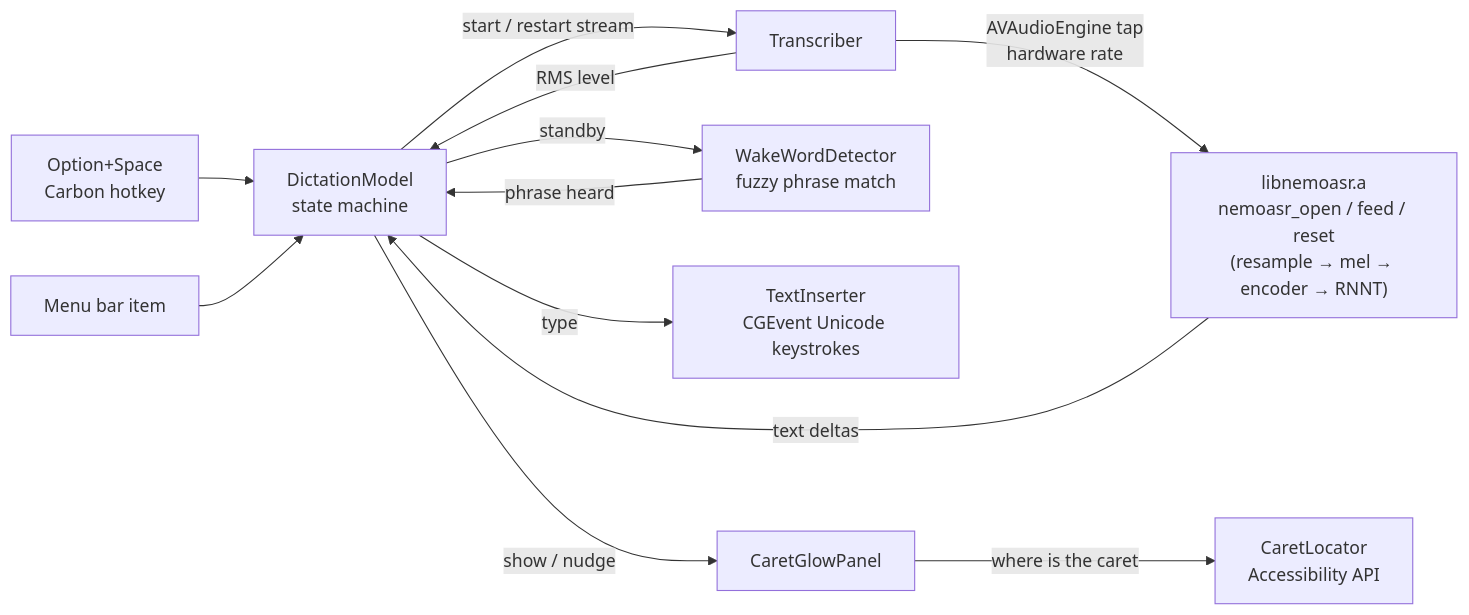
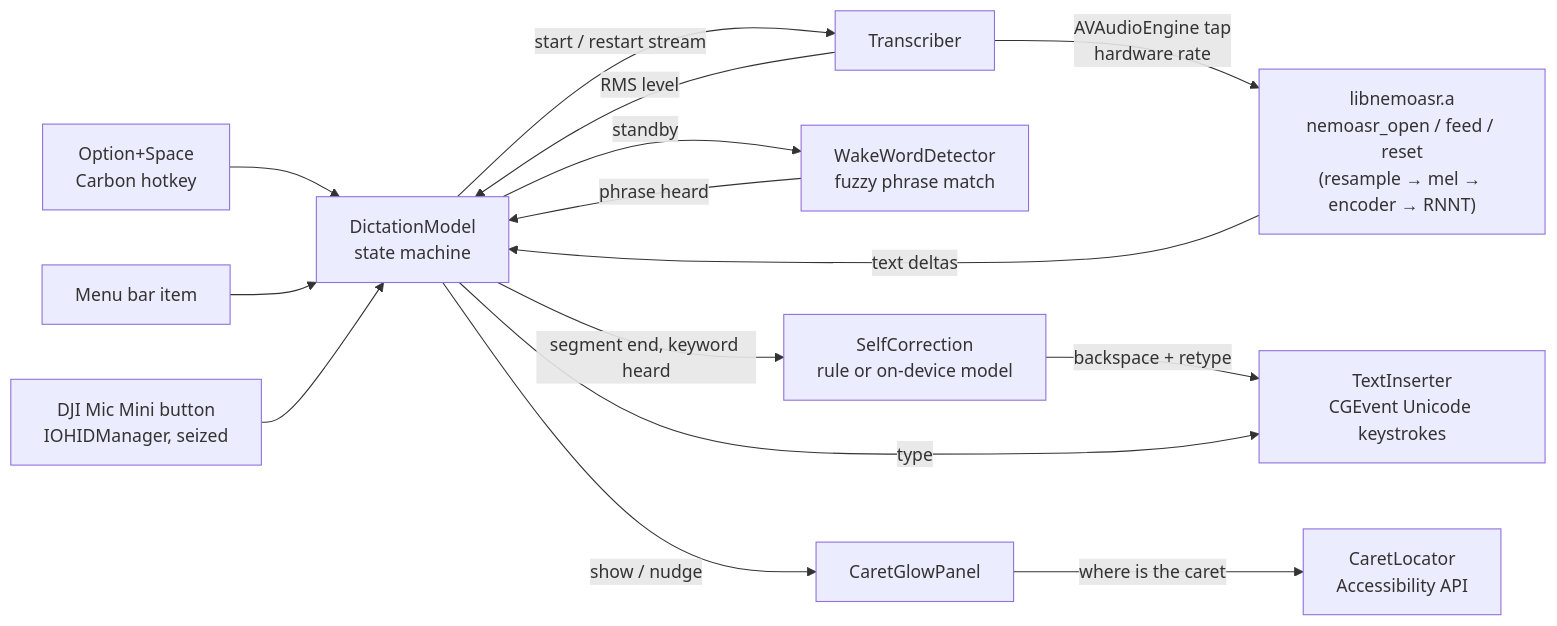
One commit to SeungheonOh/nemo changed the diagram in README.md. Above: the diagram before and after it, drawn with Mermaid. The commit also changed other lines of this file and 1 other file, not shown here.

````diff
--- a/README.md
+++ b/README.md
@@ -53,14 +55,17 @@
 ```mermaid
 flowchart LR
     hk[Option+Space<br/>Carbon hotkey] --> model[DictationModel<br/>state machine]
     menu[Menu bar item] --> model
+    dji[DJI Mic Mini button<br/>IOHIDManager, seized] --> model
     model -->|start / restart stream| tr[Transcriber]
     tr -->|AVAudioEngine tap<br/>hardware rate| lib["libnemoasr.a<br/>nemoasr_open / feed / reset<br/>(resample → mel → encoder → RNNT)"]
     lib -->|text deltas| model
     tr -->|RMS level| model
     model -->|standby| wake[WakeWordDetector<br/>fuzzy phrase match]
     wake -->|phrase heard| model
+    model -->|segment end, keyword heard| fix[SelfCorrection<br/>rule or on-device model]
+    fix -->|backspace + retype| typer
     model -->|type| typer[TextInserter<br/>CGEvent Unicode keystrokes]
     model -->|show / nudge| glow[CaretGlowPanel]
     glow -->|where is the caret| ax[CaretLocator<br/>Accessibility API]
 ```
````
